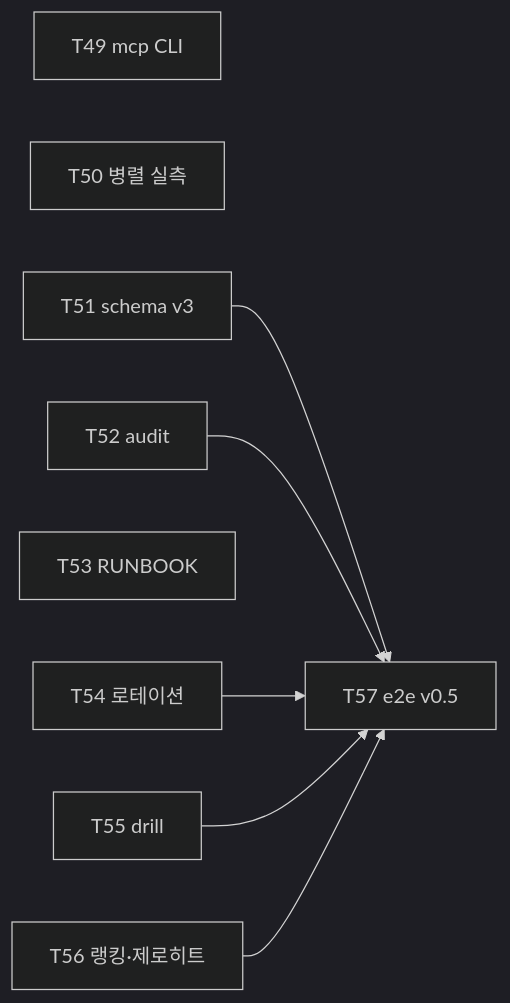
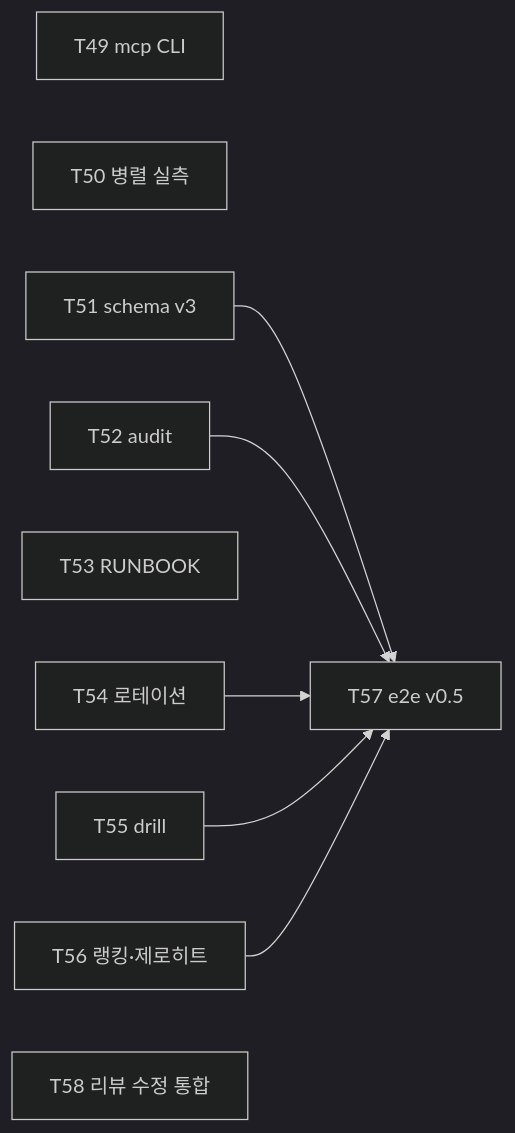
One commit to synuns/flint changed the second of 3 diagrams in docs/plans/2026-10-22-flint-v05.md. Above: the diagram before and after it, drawn with Mermaid (dark theme). The commit also changed other lines of this file, not shown here.

````diff
--- a/docs/plans/2026-10-22-flint-v05.md
+++ b/docs/plans/2026-10-22-flint-v05.md
@@ -28,20 +28,21 @@
 ```mermaid
 flowchart LR
   T49[T49 mcp CLI]
   T50[T50 병렬 실측]
   T51[T51 schema v3]
   T52[T52 audit]
   T53[T53 RUNBOOK]
   T54[T54 로테이션]
   T55[T55 drill]
   T56[T56 랭킹·제로히트]
   T57[T57 e2e v0.5]
+  T58[T58 리뷰 수정 통합]
   %% taskgraph
   T49
   T57
   T51 --> T57
   T52 --> T57
   T54 --> T57
   T55 --> T57
   T56 --> T57
 ```
````
